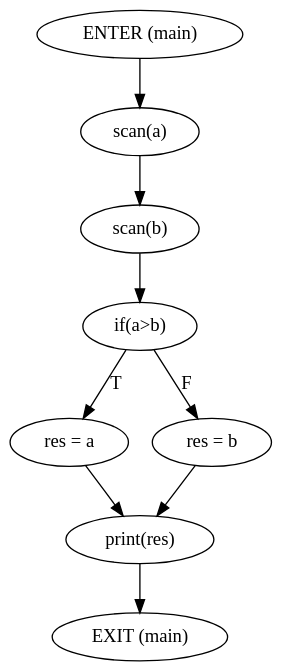
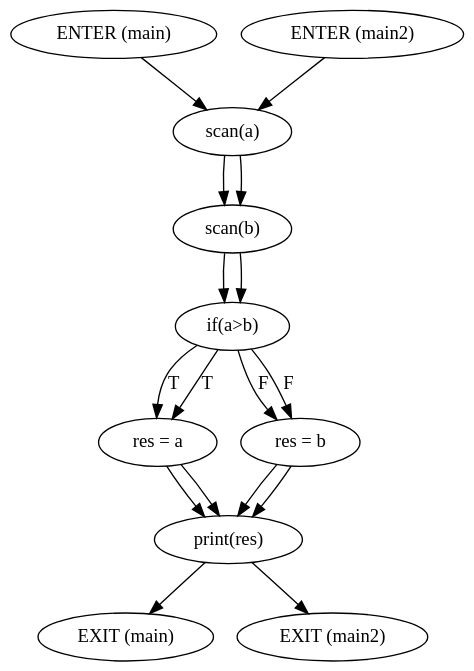
One commit to MiguelCosta/ATS changed the diagram in Final/Cmb/Gramatica/output/cfg.gv. Above: the diagram before and after it, drawn with Graphviz. The commit also changed 162 other files, not shown here.

```diff
--- a/Final/Cmb/Gramatica/output/cfg.gv
+++ b/Final/Cmb/Gramatica/output/cfg.gv
@@ -1,11 +1,19 @@
 digraph mainmap {
 graph [bgcolor=transparent];
 "ENTER (main)" -> "scan(a)";
 	"scan(a)" -> "scan(b)";
 	"scan(b)" -> "if(a>b)";
 	"if(a>b)" -> "res = a"[label="T"];
 	"if(a>b)" -> "res = b"[label="F"];
 	"res = a" -> "print(res)";
 	"res = b" -> "print(res)";
 	"print(res)" -> "EXIT (main)";
+	"ENTER (main2)" -> "scan(a)";
+	"scan(a)" -> "scan(b)";
+	"scan(b)" -> "if(a>b)";
+	"if(a>b)" -> "res = a"[label="T"];
+	"if(a>b)" -> "res = b"[label="F"];
+	"res = a" -> "print(res)";
+	"res = b" -> "print(res)";
+	"print(res)" -> "EXIT (main2)";
 	}
```
